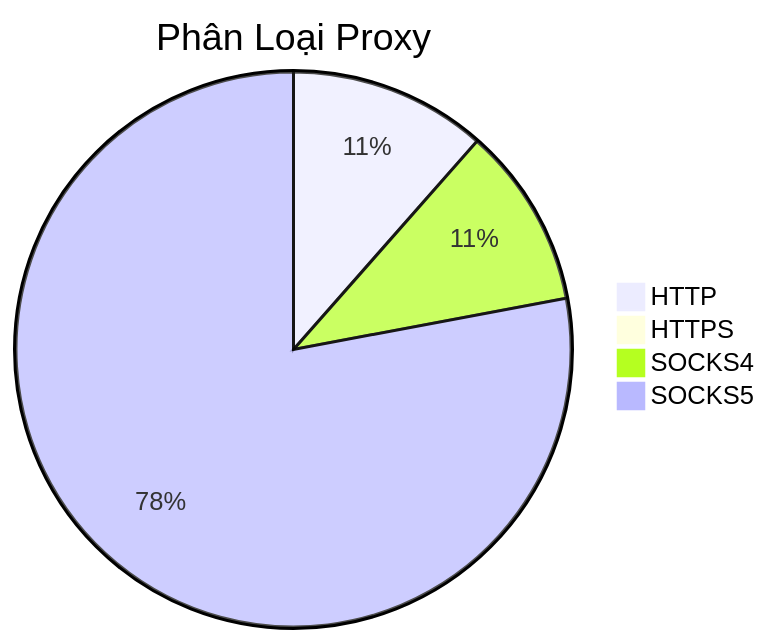
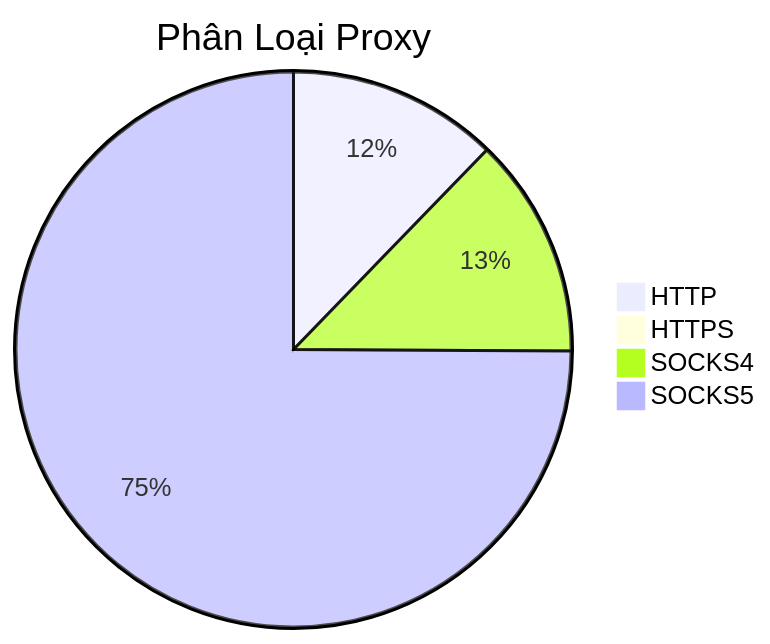
The diagram in README.md (Ciara-Aa/PROXY-free), drawn with Mermaid before and after one commit. The commit also changed other lines of this file and 4 other files, not shown here.

````diff
--- a/README.md
+++ b/README.md
@@ -26,7 +26,7 @@
 ```mermaid
 pie title Phân Loại Proxy
-    "HTTP" : 327
-    "HTTPS" : 2
-    "SOCKS4" : 300
-    "SOCKS5" : 2218
+    "HTTP" : 291
+    "HTTPS" : 0
+    "SOCKS4" : 305
+    "SOCKS5" : 1780
 ```
````
